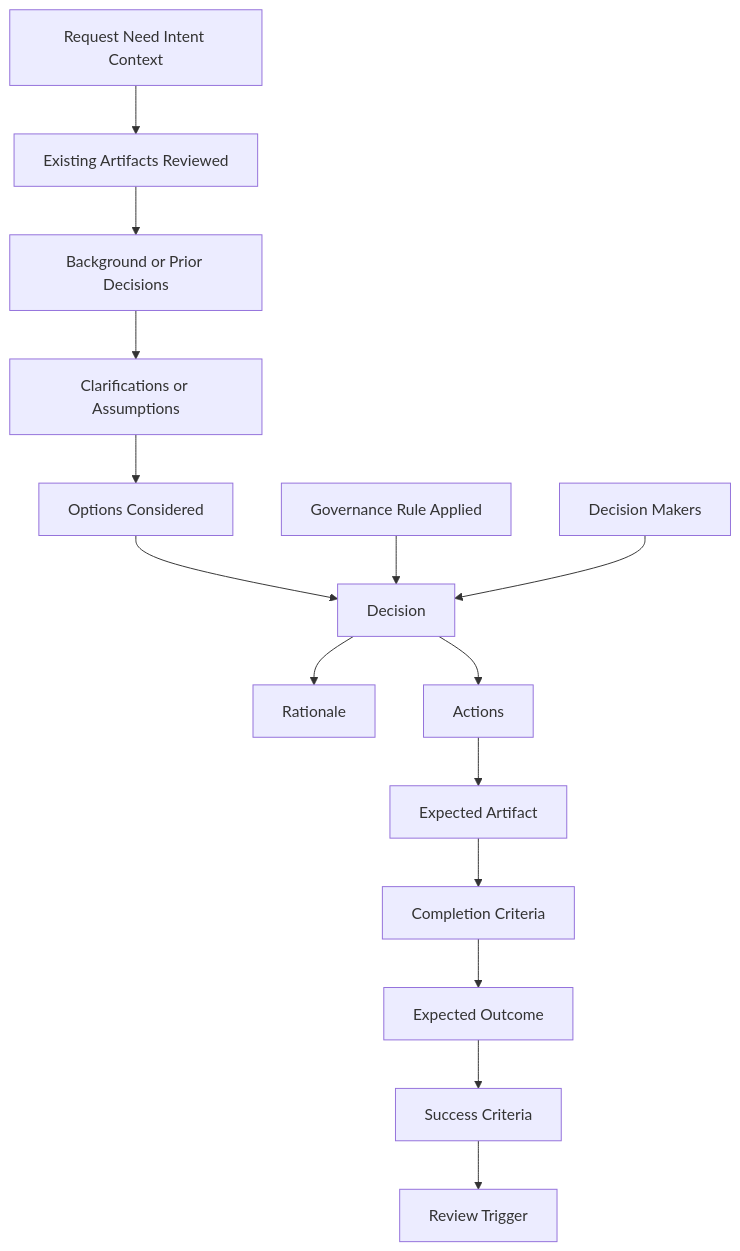
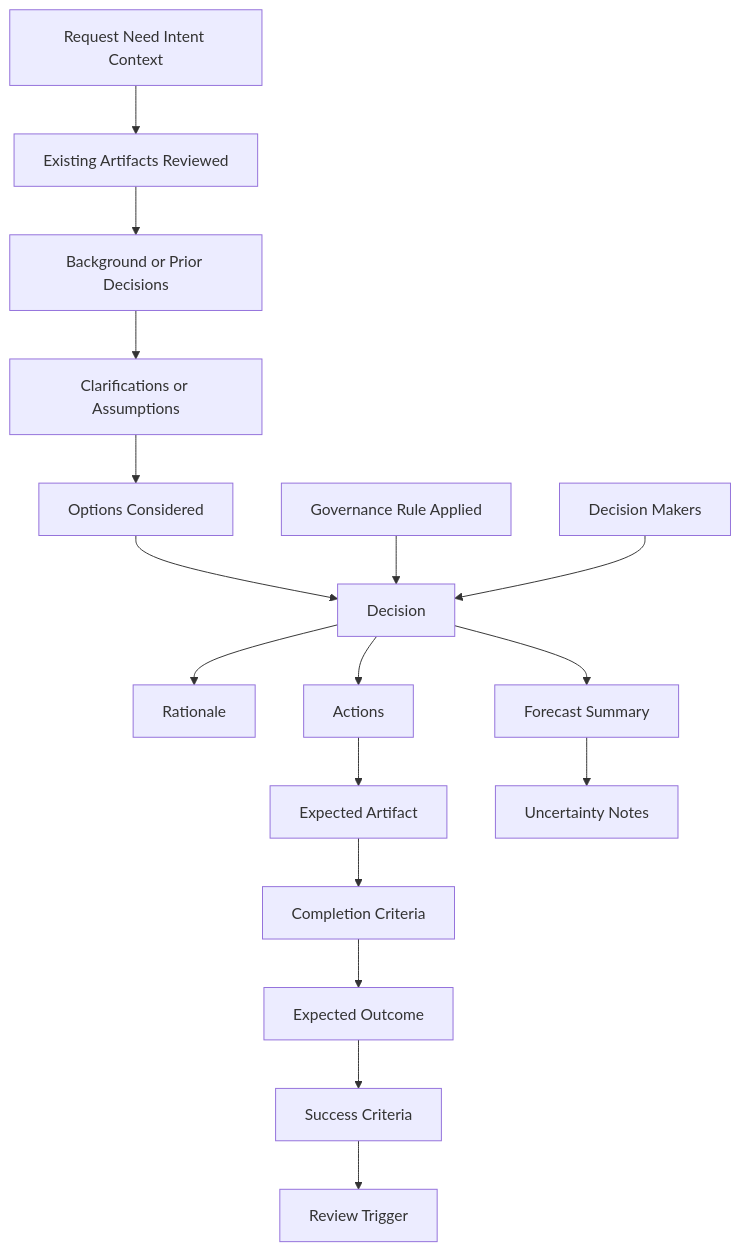
The third of 4 diagrams in README.md (popcoondev/ai-organization-framework), drawn with Mermaid before and after one commit. The commit also changed other lines of this file and 6 other files, not shown here.

````diff
--- a/README.md
+++ b/README.md
@@ -404,30 +412,34 @@
 ```mermaid
 flowchart TD
     input[Request Need Intent Context]
     reviewed[Existing Artifacts Reviewed]
     history[Background or Prior Decisions]
     clarify[Clarifications or Assumptions]
     options[Options Considered]
     gov[Governance Rule Applied]
     deciders[Decision Makers]
     decision[Decision]
     rationale[Rationale]
     actions[Actions]
     artifact[Expected Artifact]
     outcome[Expected Outcome]
     done[Completion Criteria]
     success[Success Criteria]
+    forecast[Forecast Summary]
+    uncertain[Uncertainty Notes]
     review[Review Trigger]
 
     input --> reviewed --> history --> clarify --> options
     options --> decision
     gov --> decision
     deciders --> decision
     decision --> rationale
+    decision --> forecast
+    forecast --> uncertain
     decision --> actions
     actions --> artifact
     artifact --> done
     done --> outcome
     outcome --> success
     success --> review
 ```
````
